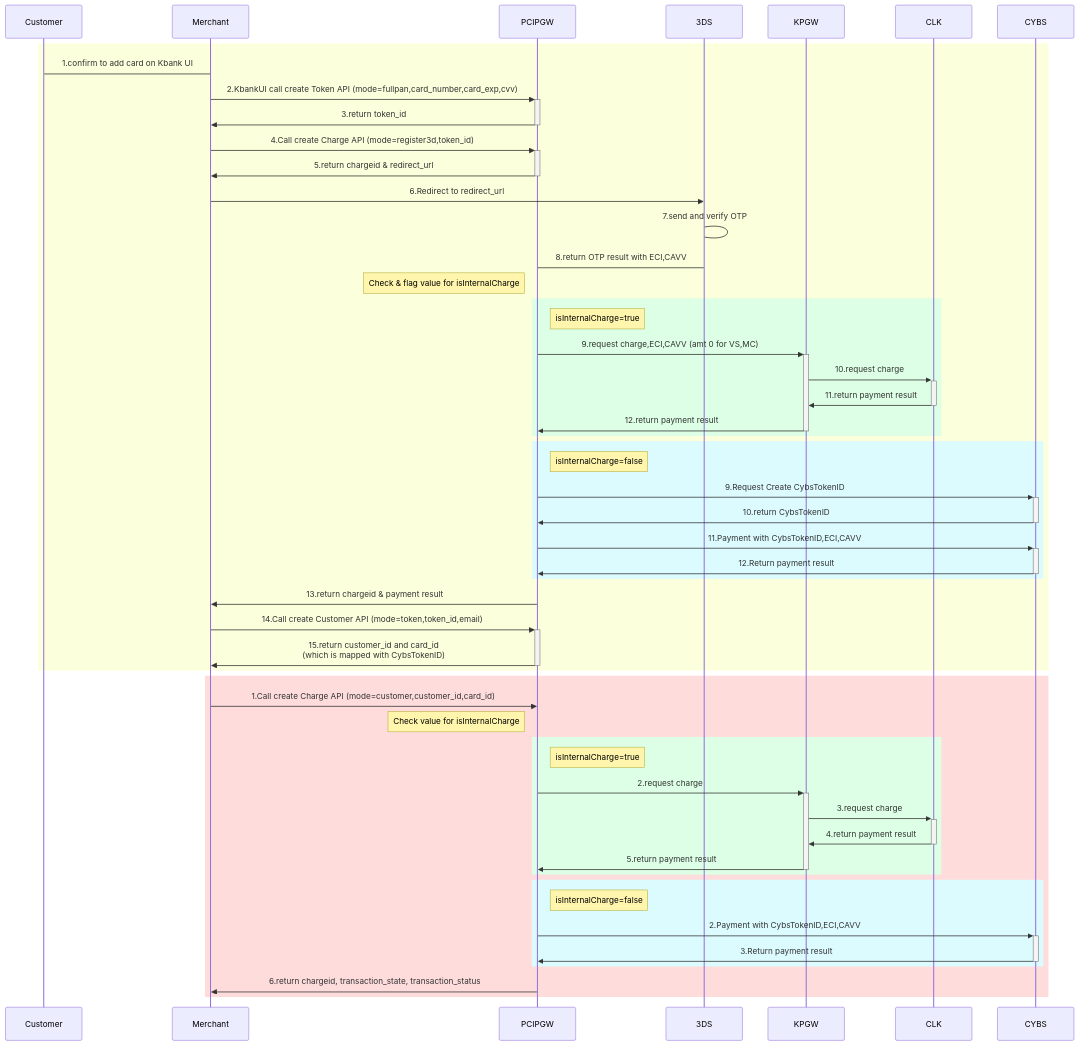
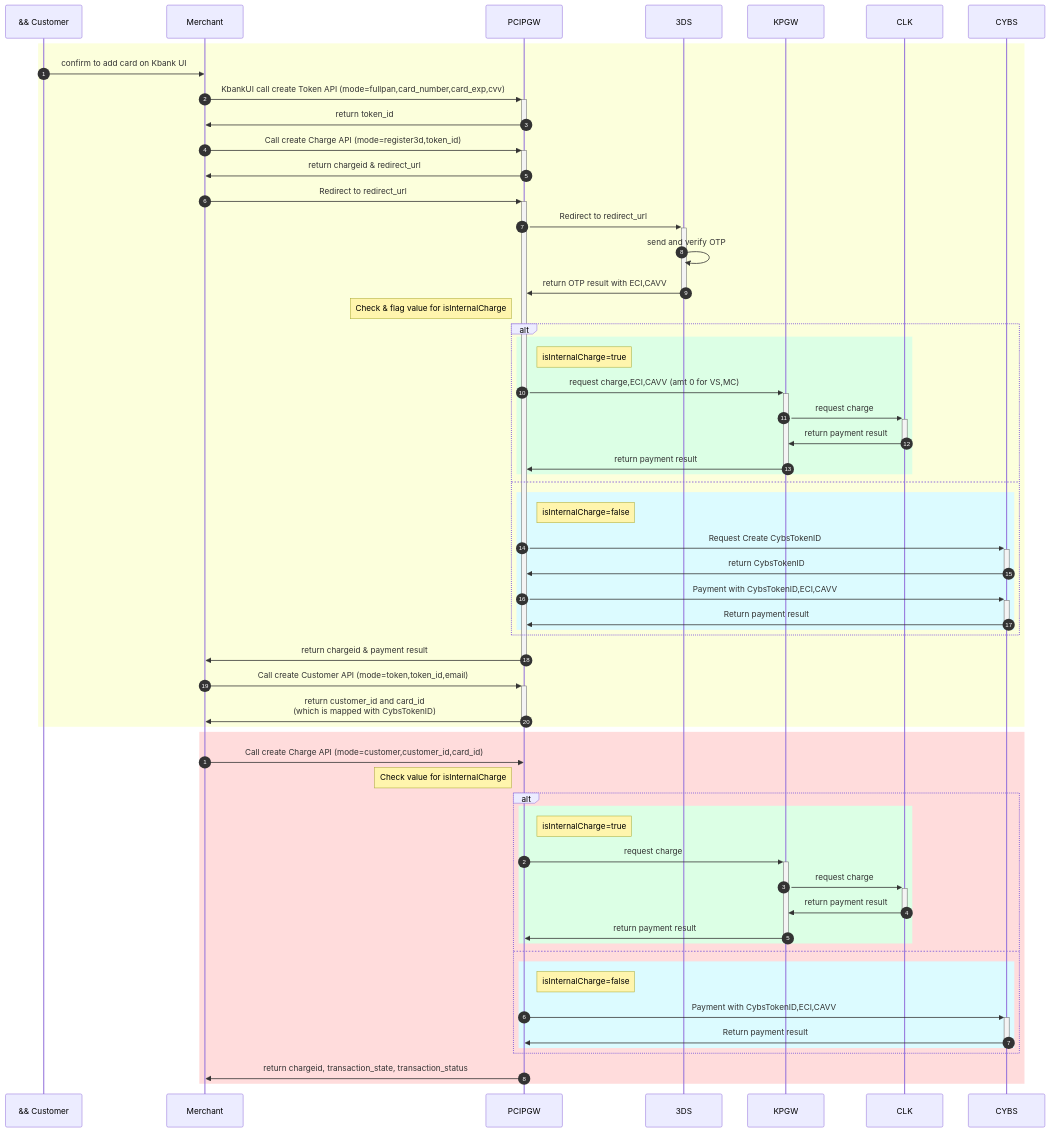
Before and after one commit to yuusuke25/MyNotes: the fourth of 6 diagrams in Cybs-Ph2-Flow1.md, drawn with Mermaid. The commit also changed other lines of this file, not shown here.

````diff
--- a/Cybs-Ph2-Flow1.md
+++ b/Cybs-Ph2-Flow1.md
@@ -116,54 +122,61 @@
 ```mermaid
     sequenceDiagram
+        autonumber 1
         rect rgb(252, 255, 220)
-            Customer->Merchant:1.confirm to add card on Kbank UI
-            Merchant->>+PCIPGW:2.KbankUI call create Token API (mode=fullpan,card_number,card_exp,cvv)
-            PCIPGW->>-Merchant:3.return token_id
+            && Customer->>Merchant:confirm to add card on Kbank UI
+            Merchant->>+PCIPGW:KbankUI call create Token API (mode=fullpan,card_number,card_exp,cvv)
+            PCIPGW->>-Merchant:return token_id
 
-            Merchant->>+PCIPGW:4.Call create Charge API (mode=register3d,token_id)
-            PCIPGW->>-Merchant:5.return chargeid & redirect_url
+            Merchant->>+PCIPGW:Call create Charge API (mode=register3d,token_id)
+            PCIPGW->>-Merchant:return chargeid & redirect_url
 
-            Merchant->>3DS:6.Redirect to redirect_url
-            3DS->3DS:7.send and verify OTP
-            3DS->PCIPGW:8.return OTP result with ECI,CAVV
+            Merchant->>+PCIPGW:Redirect to redirect_url
+            PCIPGW->>+3DS:Redirect to redirect_url
+            3DS->>3DS:send and verify OTP
+            3DS->>-PCIPGW:return OTP result with ECI,CAVV
             
             Note left of PCIPGW: Check & flag value for isInternalCharge
-            rect rgb(220, 255, 229)
-                Note right of PCIPGW: isInternalCharge=true
-                PCIPGW->>+KPGW:9.request charge,ECI,CAVV (amt 0 for VS,MC)
-                KPGW->>+CLK:10.request charge
-                CLK->>-KPGW:11.return payment result
-                KPGW->>-PCIPGW:12.return payment result
+            alt
+                rect rgb(220, 255, 229)
+                    Note right of PCIPGW: isInternalCharge=true
+                    PCIPGW->>+KPGW:request charge,ECI,CAVV (amt 0 for VS,MC)
+                    KPGW->>+CLK:request charge
+                    CLK->>-KPGW:return payment result
+                    KPGW->>-PCIPGW:return payment result
+                end
+            else
+                rect rgb(220, 251, 255)
+                    Note right of PCIPGW: isInternalCharge=false
+                    PCIPGW->>+CYBS:Request Create CybsTokenID
+                    CYBS->>-PCIPGW:return CybsTokenID
+                    PCIPGW->>+CYBS:Payment with CybsTokenID,ECI,CAVV
+                    CYBS->>-PCIPGW:Return payment result
+                end
             end
-            rect rgb(220, 251, 255)
-                Note right of PCIPGW: isInternalCharge=false
-                PCIPGW->>+CYBS:9.Request Create CybsTokenID
-                CYBS->>-PCIPGW:10.return CybsTokenID
-                PCIPGW->>+CYBS:11.Payment with CybsTokenID,ECI,CAVV
-                CYBS->>-PCIPGW:12.Return payment result
+            PCIPGW->>-Merchant:return chargeid & payment result
+
+            Merchant->>+PCIPGW:Call create Customer API (mode=token,token_id,email)
+            PCIPGW->>-Merchant:return customer_id and card_id <br>(which is mapped with CybsTokenID)
+        end
+        autonumber 1
+        rect rgb(255, 220, 220)
+            Merchant->>PCIPGW:Call create Charge API (mode=customer,customer_id,card_id)
+            Note left of PCIPGW: Check value for isInternalCharge
+            alt
+                rect rgb(220, 255, 229)
+                    Note right of PCIPGW: isInternalCharge=true
+                    PCIPGW->>+KPGW:request charge
+                    KPGW->>+CLK:request charge
+                    CLK->>-KPGW:return payment result
+                    KPGW->>-PCIPGW:return payment result
+                end
+            else
+                rect rgb(220, 251, 255)
+                    Note right of PCIPGW: isInternalCharge=false
+                    PCIPGW->>+CYBS:Payment with CybsTokenID,ECI,CAVV
+                    CYBS->>-PCIPGW:Return payment result
+                end
             end
-            
-            PCIPGW->>Merchant:13.return chargeid & payment result
-
-            Merchant->>+PCIPGW:14.Call create Customer API (mode=token,token_id,email)
-            PCIPGW->>-Merchant:15.return customer_id and card_id <br>(which is mapped with CybsTokenID)
-        end
-        
-        rect rgb(255, 220, 220)
-            Merchant->>PCIPGW:1.Call create Charge API (mode=customer,customer_id,card_id)
-            Note left of PCIPGW: Check value for isInternalCharge
-            rect rgb(220, 255, 229)
-                Note right of PCIPGW: isInternalCharge=true
-                PCIPGW->>+KPGW:2.request charge
-                KPGW->>+CLK:3.request charge
-                CLK->>-KPGW:4.return payment result
-                KPGW->>-PCIPGW:5.return payment result
-            end
-            rect rgb(220, 251, 255)
-                Note right of PCIPGW: isInternalCharge=false
-                PCIPGW->>+CYBS:2.Payment with CybsTokenID,ECI,CAVV
-                CYBS->>-PCIPGW:3.Return payment result
-            end
-            PCIPGW->>Merchant:6.return chargeid, transaction_state, transaction_status
+            PCIPGW->>Merchant:return chargeid, transaction_state, transaction_status
         end
 ```
````
